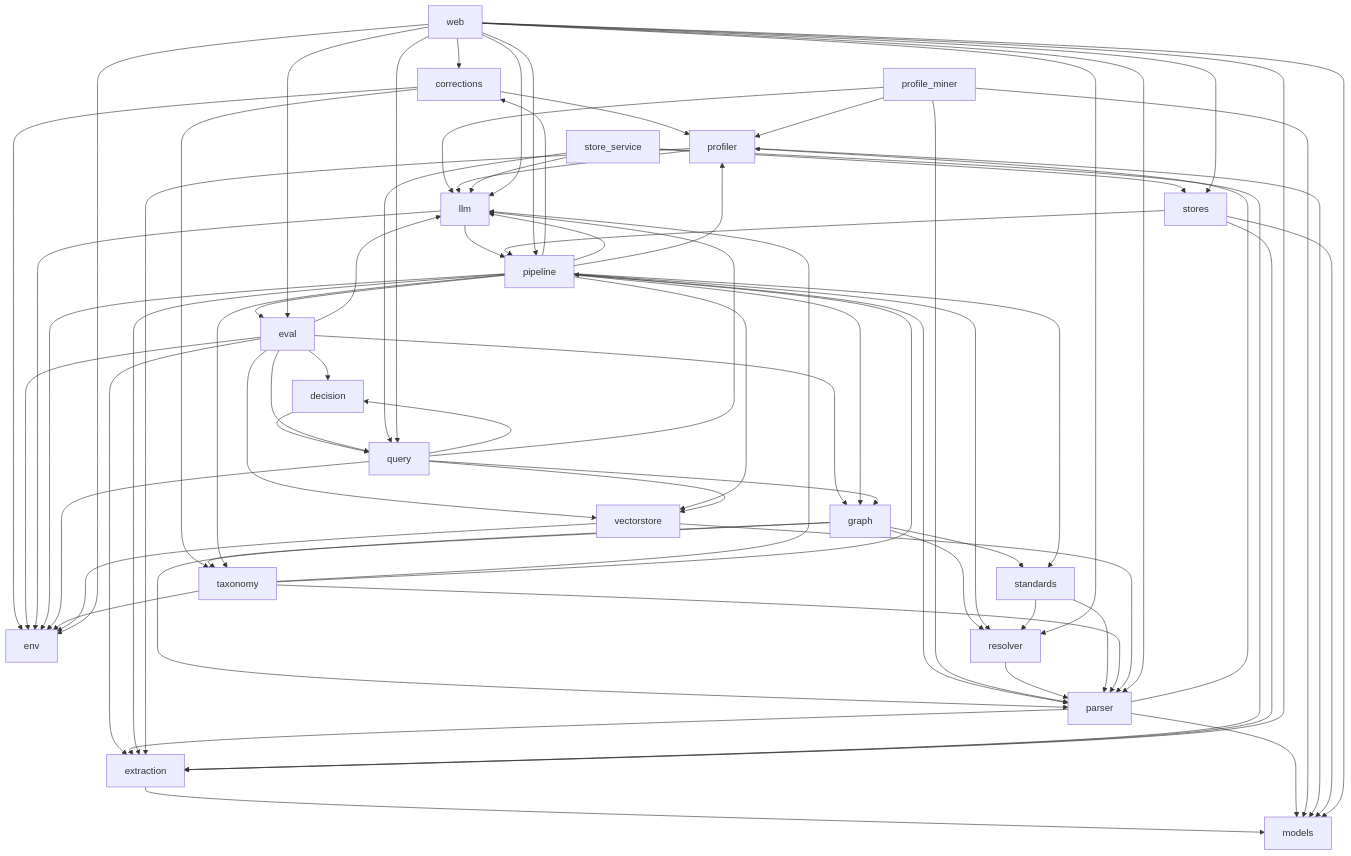
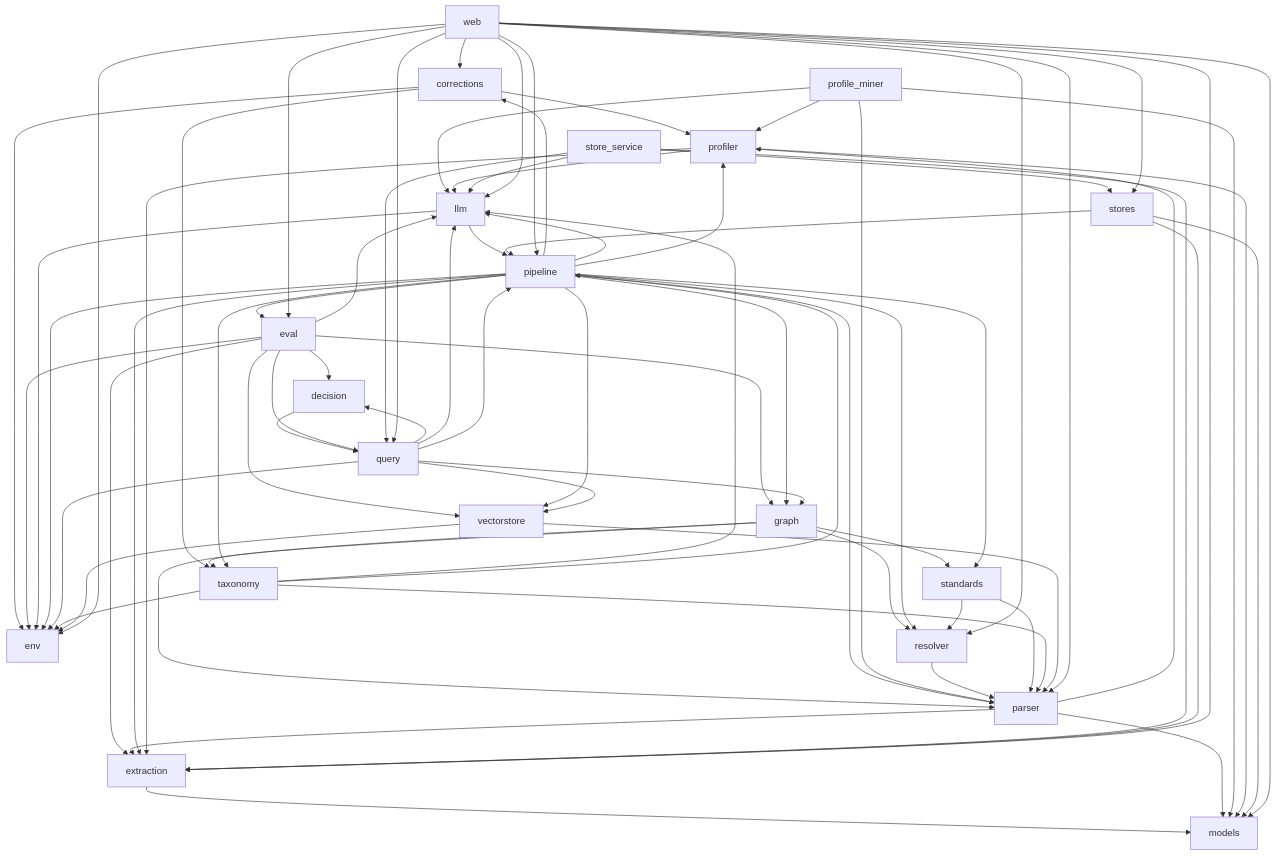
Before and after one commit to kurnoolion/nora: the diagram in docs/compact/MAP.md, drawn with Mermaid. The commit also changed other lines of this file and 4 other files, not shown here.

```diff
--- a/docs/compact/MAP.md
+++ b/docs/compact/MAP.md
@@ -95,6 +95,7 @@
     m_query --> m_env
     m_query --> m_graph
     m_query --> m_llm
+    m_query --> m_pipeline
     m_query --> m_vectorstore
     m_resolver --> m_parser
     m_standards --> m_parser
```
